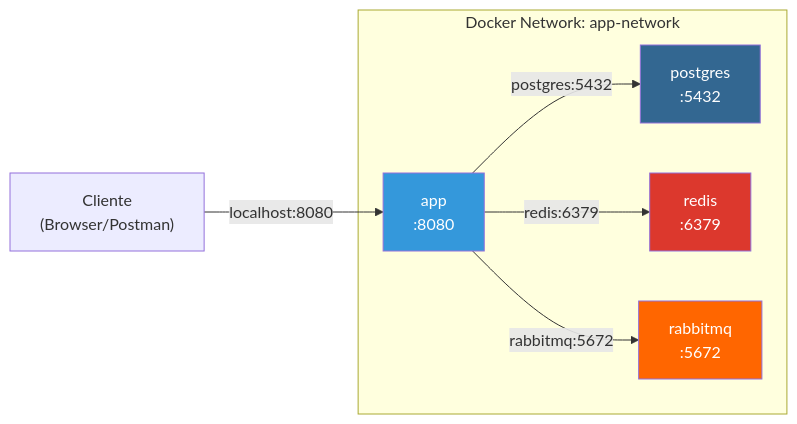
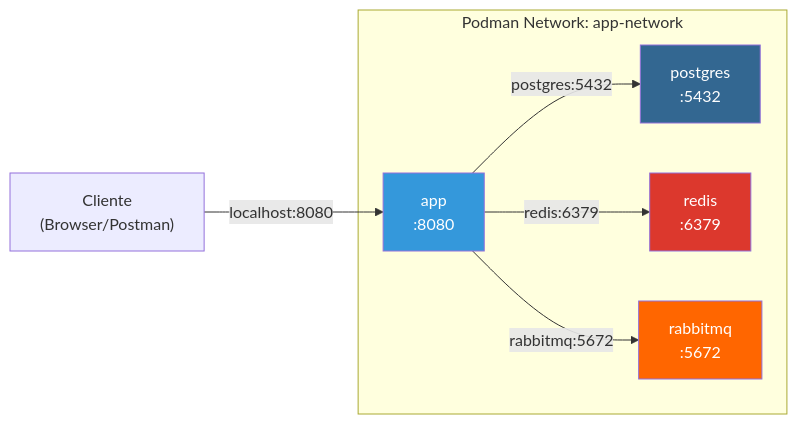
The fourth of 4 diagrams in dia-07/slide-04.md (deusemarjunior/trein-java-intermed), drawn with Mermaid before and after one commit. The commit also changed other lines of this file and 100 other files, not shown here.

Commit message:
removendo docker adicionando podman

````diff
--- a/dia-07/slide-04.md
+++ b/dia-07/slide-04.md
@@ -233,15 +233,15 @@
 ```mermaid
 graph LR
-    subgraph "Docker Network: app-network"
+    subgraph "Podman Network: app-network"
         APP["app<br/>:8080"] -->|"postgres:5432"| PG["postgres<br/>:5432"]
         APP -->|"redis:6379"| RED["redis<br/>:6379"]
         APP -->|"rabbitmq:5672"| RMQ["rabbitmq<br/>:5672"]
     end
 
     USER["Cliente<br/>(Browser/Postman)"] -->|"localhost:8080"| APP
 
     style APP fill:#3498db,color:#fff
     style PG fill:#336791,color:#fff
     style RED fill:#dc382d,color:#fff
     style RMQ fill:#ff6600,color:#fff
 ```
````
